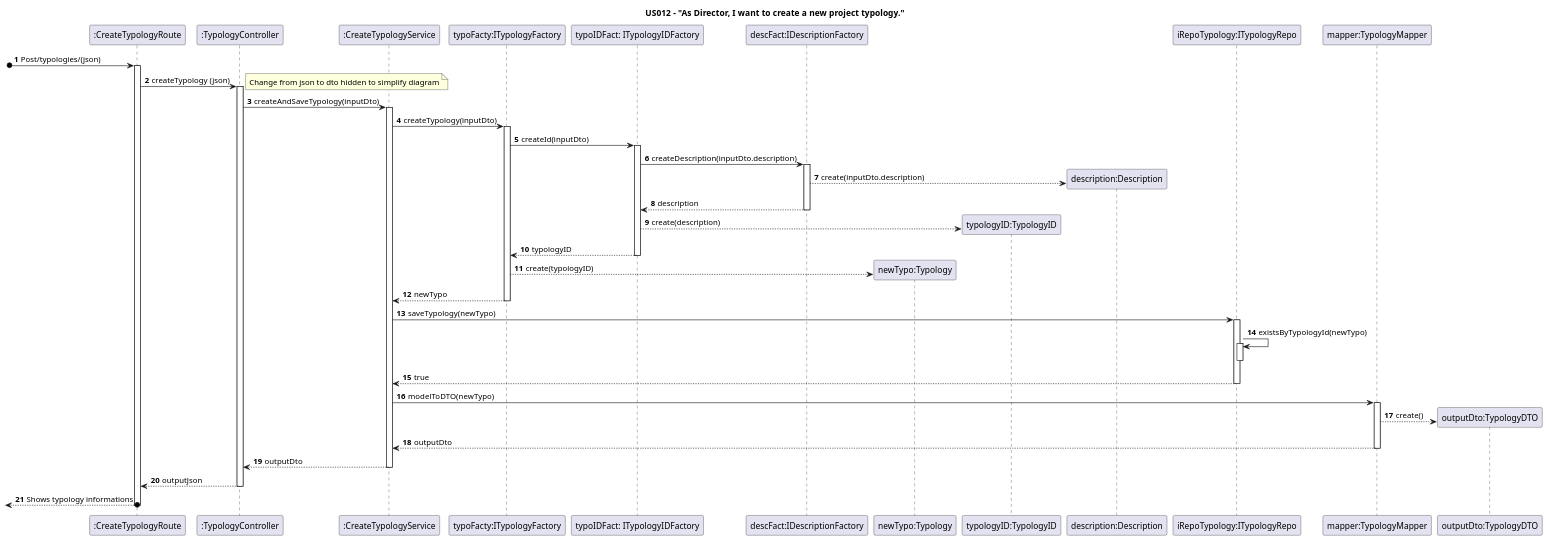
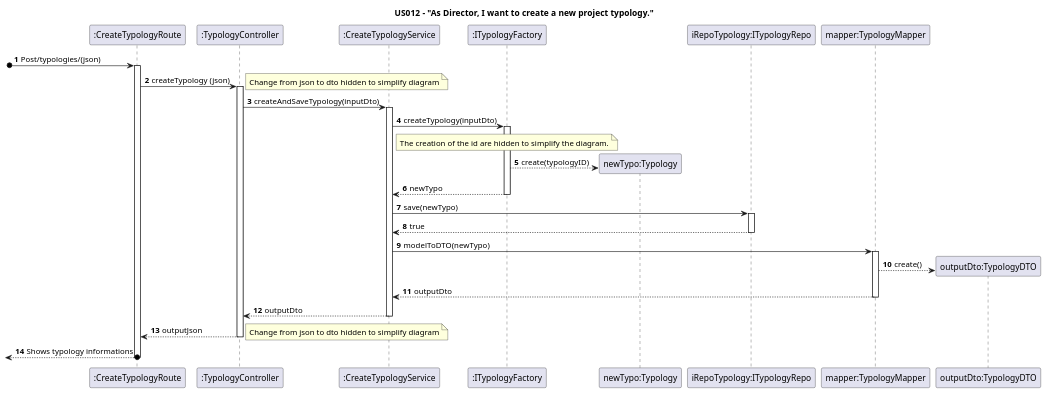
The diagram in docs/Sprint1/US012/US012-SD.puml (nunogon1211787/projectManagement), drawn with PlantUML before and after one commit. The commit also changed 15 other files, not shown here.

```diff
--- a/docs/Sprint1/US012/US012-SD.puml
+++ b/docs/Sprint1/US012/US012-SD.puml
@@ -1,56 +1,61 @@
 @startuml
 
 title US012 - "As Director, I want to create a new project typology."
 
 autoactivate on
 autonumber
 
 participant ":CreateTypologyRoute" as Router
 participant ":TypologyController" as Controller
 participant ":CreateTypologyService" as Service
-participant "typoFacty:ITypologyFactory" as TypoFactory
-participant "typoIDFact: ITypologyIDFactory" as IdFactory
-participant "descFact:IDescriptionFactory" as DesFactory
+participant ":ITypologyFactory" as TypoFactory
+'participant "typoIDFact: ITypologyIDFactory" as IdFactory
+'participant "descFact:IDescriptionFactory" as DesFactory
 participant "newTypo:Typology" as Typology
-participant "typologyID:TypologyID" as Id
-participant "description:Description" as Description
+'participant "typologyID:TypologyID" as Id
+'participant "description:Description" as Description
 participant "iRepoTypology:ITypologyRepo" as Repository
 participant "mapper:TypologyMapper" as Mapper
 participant "outputDto:TypologyDTO" as outputDTO
 
 [o-> Router: Post/typologies/(json)
 Router -> Controller: createTypology (json)
 note right
 Change from json to dto hidden to simplify diagram
 end note
 'note over Controller: Service is parameter with @Autowired
 Controller -> Service: createAndSaveTypology(inputDto)
 'note over Service: typoFact, repoTypo and mapper are parameters with @Autowired
 Service -> TypoFactory: createTypology(inputDto)
-TypoFactory -> IdFactory: createId(inputDto)
+note over TypoFactory : The creation of the id are hidden to simplify the diagram.
+
+'TypoFactory -> IdFactory: createId(inputDto)
 'note over TypoFactory: The typoIDFact is parameter with @Autowired
-IdFactory -> DesFactory: createDescription(inputDto.description)
+'IdFactory -> DesFactory: createDescription(inputDto.description)
 'note over IdFactory: The descFact is parameter with @Autowired
-DesFactory --> Description**: create(inputDto.description)
-return description
-IdFactory --> Id**: create(description)
-return typologyID
+'DesFactory --> Description**: create(inputDto.description)
+'return description
+'IdFactory --> Id**: create(description)
+'return typologyID
 TypoFactory --> Typology**: create(typologyID)
 return newTypo
 'alt successful case
-    Service -> Repository: saveTypology(newTypo)
+    Service -> Repository: save(newTypo)
     'alt successful case
-        Repository -> Repository: existsByTypologyId(newTypo)
-        deactivate Repository
+      '  Repository -> Repository: existsByTypologyID(newTypo)
+      '  deactivate Repository
     'end
 return true
 'end
 Service -> Mapper: modelToDTO(newTypo)
 Mapper --> outputDTO**: create()
 return outputDto
 return outputDto
 return outputJson
+note right
+Change from json to dto hidden to simplify diagram
+end note
 'note over Controller: The Controller uses the Response Entity class to create a response in JSON format using the dto received from Service layer and defining the HTTP status.
 [<--o Router: Shows typology informations
 
 @enduml
```
